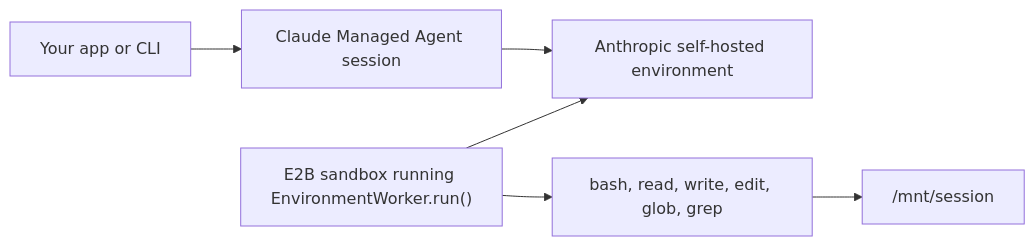
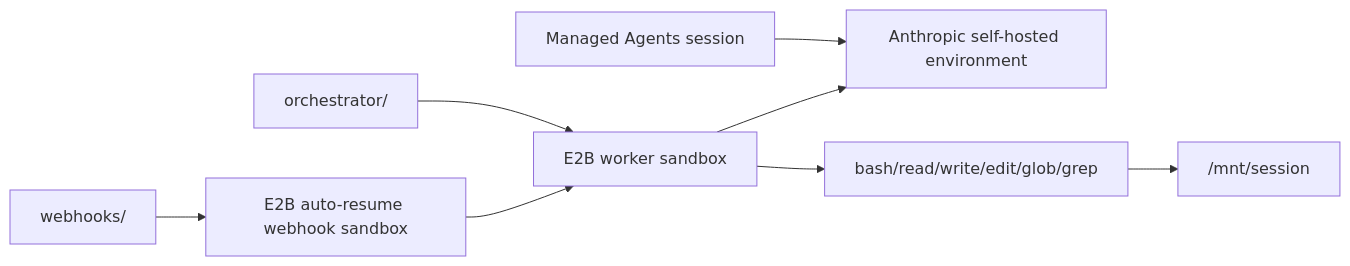
One commit to e2b-dev/e2b-cookbook changed the diagram in examples/anthropic-managed-agents/python/README.md. Above: the diagram before and after it, drawn with Mermaid. The commit also changed other lines of this file and 5 other files, not shown here.

Commit message:
Split managed agents use cases into folders

````diff
--- a/examples/anthropic-managed-agents/python/README.md
+++ b/examples/anthropic-managed-agents/python/README.md
@@ -7,8 +16,10 @@
 ```mermaid
 flowchart LR
-    app["Your app or CLI"] --> session["Claude Managed Agent session"]
-    session --> queue["Anthropic self-hosted environment"]
-    worker["E2B sandbox running EnvironmentWorker.run()"] --> queue
-    worker --> tools["bash, read, write, edit, glob, grep"]
+    session["Managed Agents session"] --> env["Anthropic self-hosted environment"]
+    orchestrator["orchestrator/"] --> worker["E2B worker sandbox"]
+    webhooks["webhooks/"] --> receiver["E2B auto-resume webhook sandbox"]
+    receiver --> worker
+    worker --> env
+    worker --> tools["bash/read/write/edit/glob/grep"]
     tools --> workdir["/mnt/session"]
 ```
````
